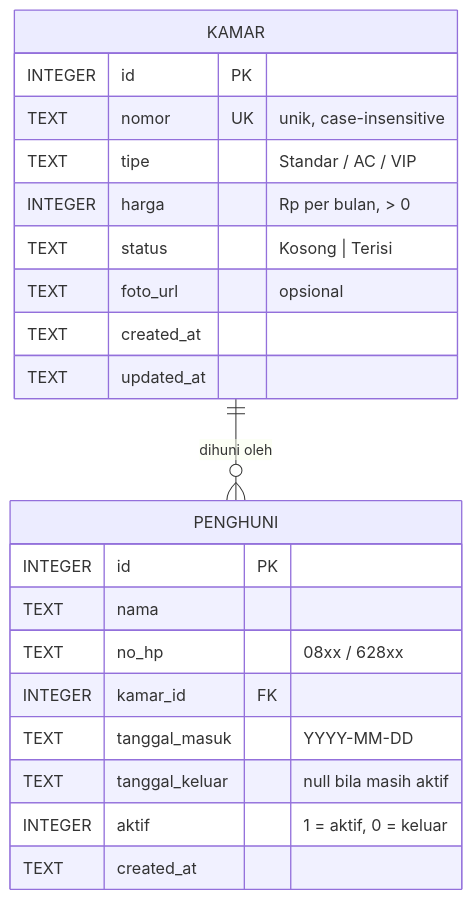
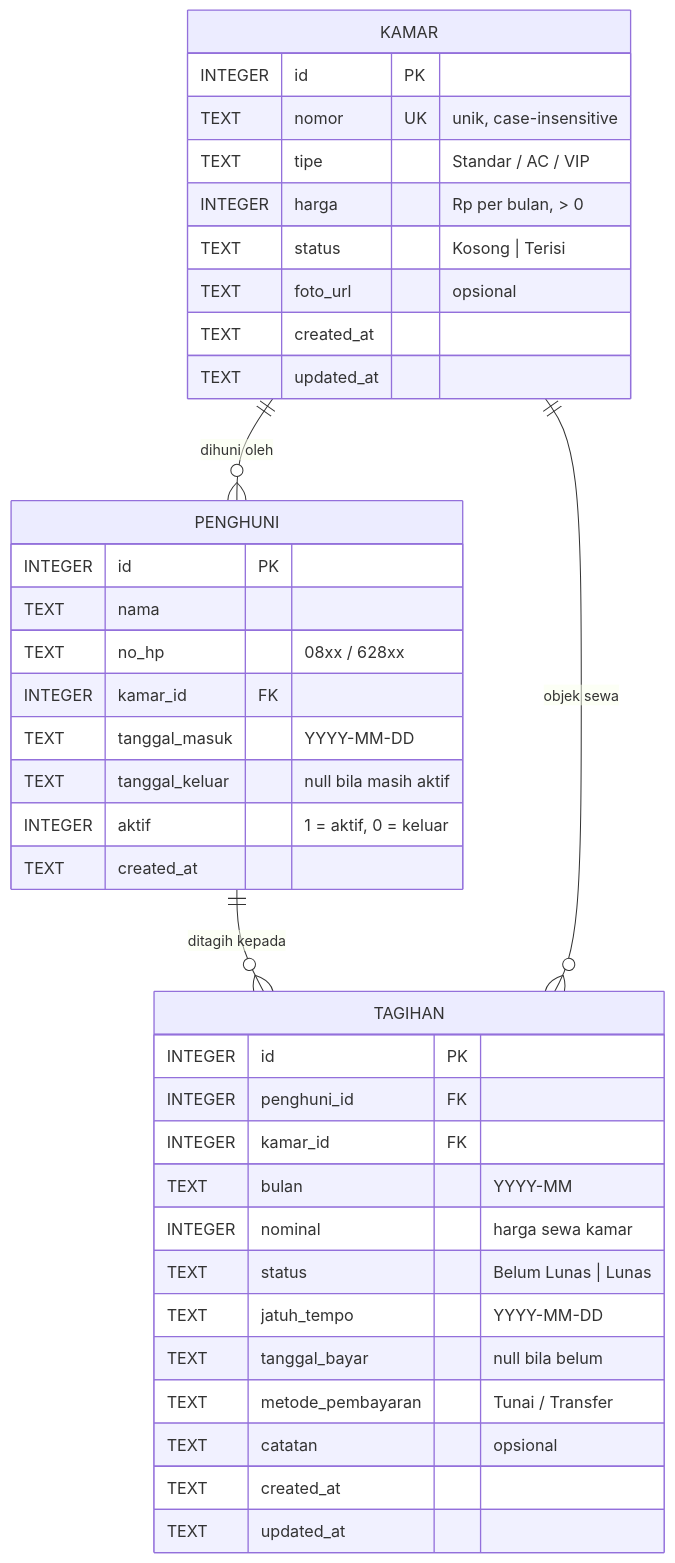
Before and after one commit to angilbert01/Manajemen-Kos-Gopi: the diagram in docs/skema-database.md, drawn with Mermaid. The commit also changed other lines of this file and 13 other files, not shown here.

````diff
--- a/docs/skema-database.md
+++ b/docs/skema-database.md
@@ -8,24 +8,40 @@
 ```mermaid
 erDiagram
     KAMAR ||--o{ PENGHUNI : "dihuni oleh"
+    PENGHUNI ||--o{ TAGIHAN : "ditagih kepada"
+    KAMAR ||--o{ TAGIHAN : "objek sewa"
     KAMAR {
         INTEGER id PK
         TEXT nomor UK "unik, case-insensitive"
         TEXT tipe "Standar / AC / VIP"
         INTEGER harga "Rp per bulan, > 0"
         TEXT status "Kosong | Terisi"
         TEXT foto_url "opsional"
         TEXT created_at
         TEXT updated_at
     }
     PENGHUNI {
         INTEGER id PK
         TEXT nama
         TEXT no_hp "08xx / 628xx"
         INTEGER kamar_id FK
         TEXT tanggal_masuk "YYYY-MM-DD"
         TEXT tanggal_keluar "null bila masih aktif"
         INTEGER aktif "1 = aktif, 0 = keluar"
         TEXT created_at
     }
+    TAGIHAN {
+        INTEGER id PK
+        INTEGER penghuni_id FK
+        INTEGER kamar_id FK
+        TEXT bulan "YYYY-MM"
+        INTEGER nominal "harga sewa kamar"
+        TEXT status "Belum Lunas | Lunas"
+        TEXT jatuh_tempo "YYYY-MM-DD"
+        TEXT tanggal_bayar "null bila belum"
+        TEXT metode_pembayaran "Tunai / Transfer"
+        TEXT catatan "opsional"
+        TEXT created_at
+        TEXT updated_at
+    }
 ```
````
